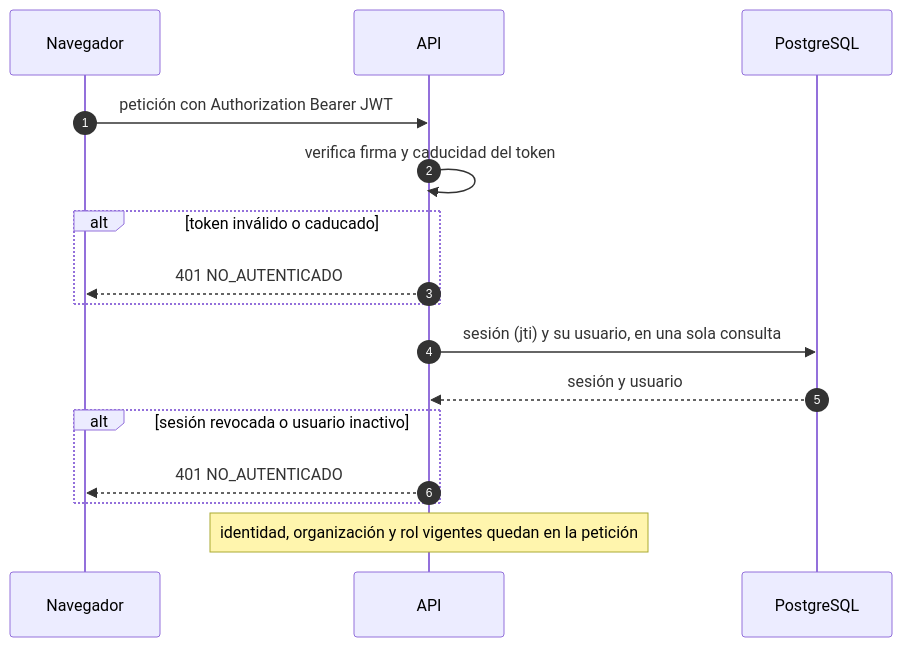
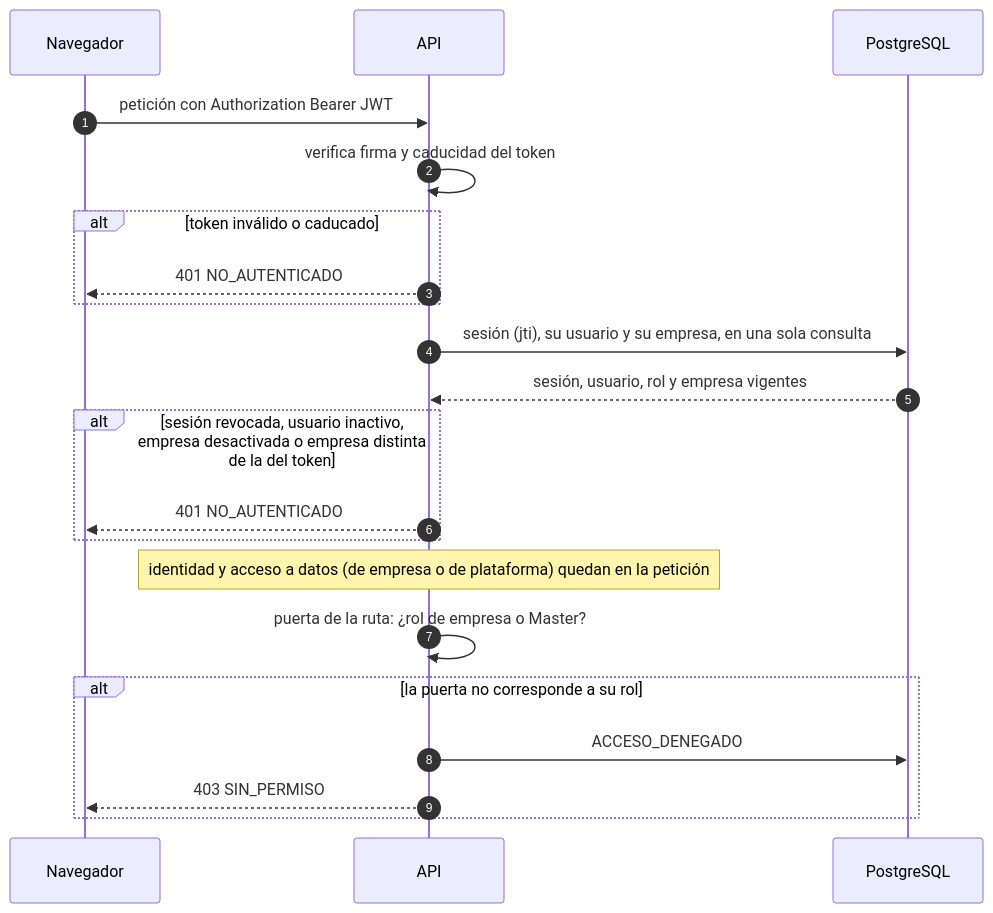
One commit to EarthBoundll/GestionDocumental changed the fourth of 7 diagrams in docs/02-arquitectura.md. Above: the diagram before and after it, drawn with Mermaid. The commit also changed other lines of this file and 8 other files, not shown here.

````diff
--- a/docs/02-arquitectura.md
+++ b/docs/02-arquitectura.md
@@ -80,18 +106,23 @@
 ```mermaid
 sequenceDiagram
     autonumber
     participant N as Navegador
     participant A as API
     participant BD as PostgreSQL
     N->>A: petición con Authorization Bearer JWT
     A->>A: verifica firma y caducidad del token
     alt token inválido o caducado
         A-->>N: 401 NO_AUTENTICADO
     end
-    A->>BD: sesión (jti) y su usuario, en una sola consulta
-    BD-->>A: sesión y usuario
-    alt sesión revocada o usuario inactivo
+    A->>BD: sesión (jti), su usuario y su empresa, en una sola consulta
+    BD-->>A: sesión, usuario, rol y empresa vigentes
+    alt sesión revocada, usuario inactivo, empresa desactivada o empresa distinta de la del token
         A-->>N: 401 NO_AUTENTICADO
     end
-    Note over A: identidad, organización y rol vigentes quedan en la petición
+    Note over A: identidad y acceso a datos (de empresa o de plataforma) quedan en la petición
+    A->>A: puerta de la ruta: ¿rol de empresa o Master?
+    alt la puerta no corresponde a su rol
+        A->>BD: ACCESO_DENEGADO
+        A-->>N: 403 SIN_PERMISO
+    end
 ```
````
